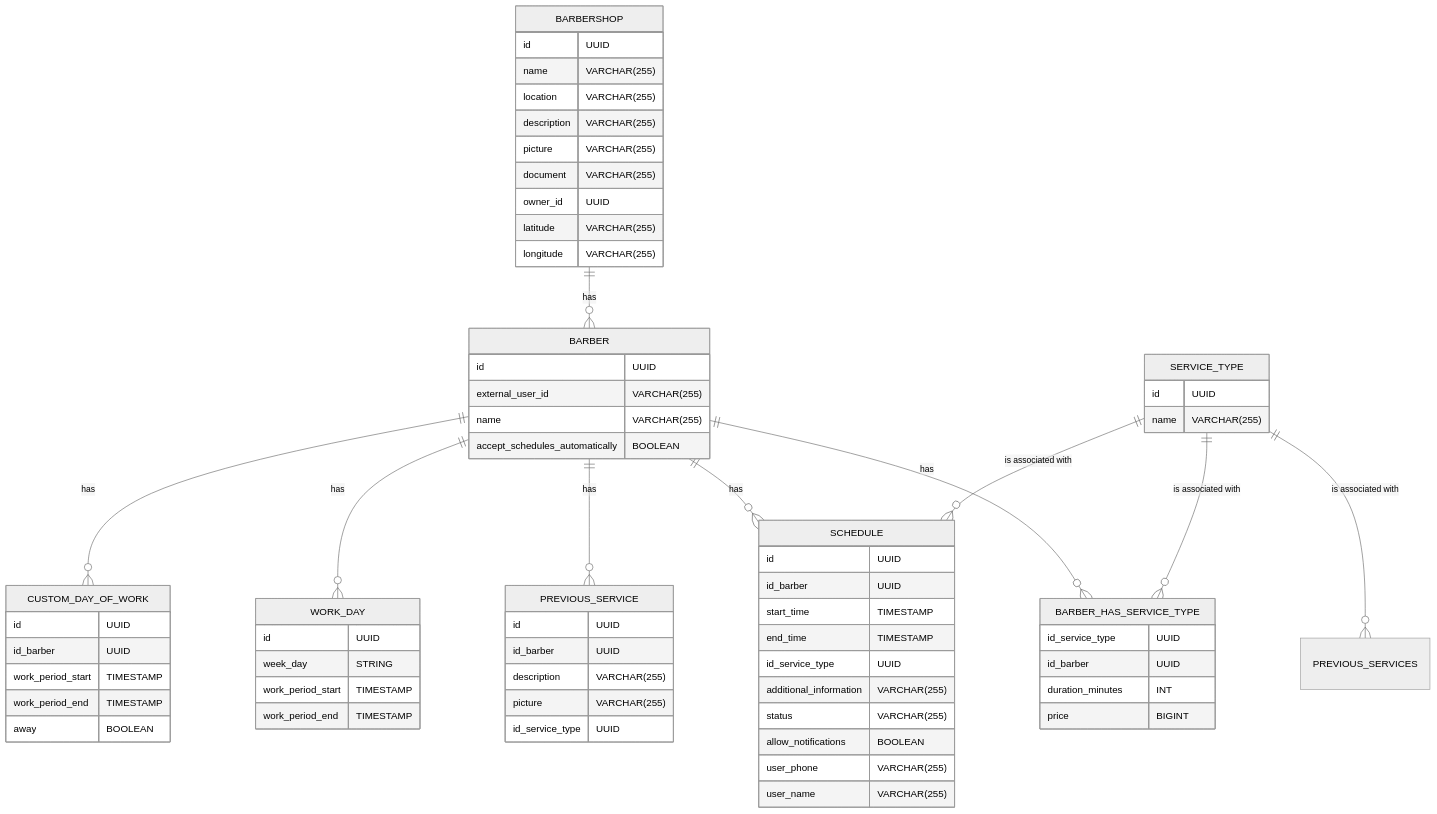
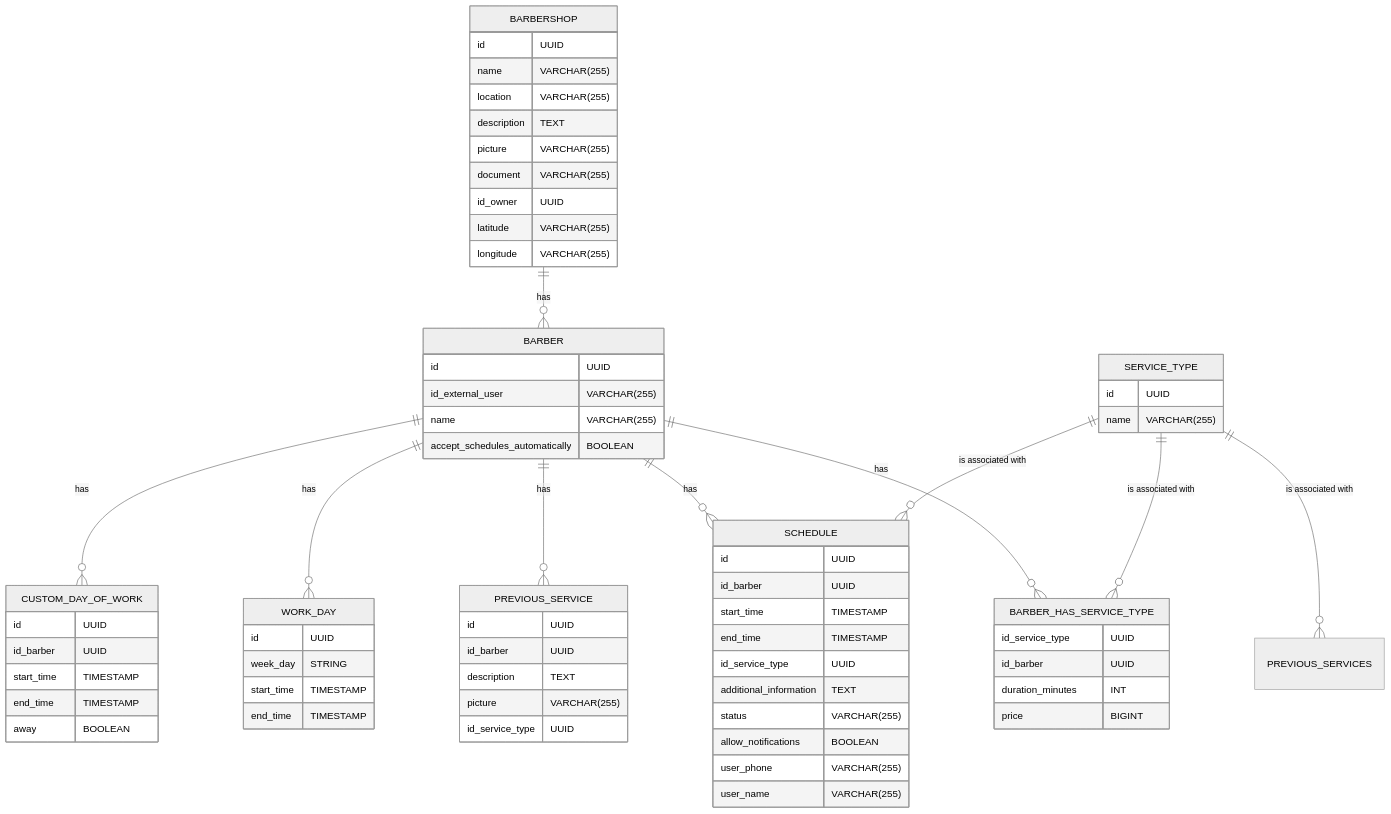
Before and after one commit to joaojhgs/saas-template: the diagram in README.md, drawn with Mermaid (neutral theme).

Commit message:
docs: update description to text

````diff
--- a/README.md
+++ b/README.md
@@ -44,72 +44,72 @@
 ```mermaid
 erDiagram
     BARBER {
         id UUID
-        external_user_id VARCHAR(255)
+        id_external_user VARCHAR(255)
         name VARCHAR(255)
         accept_schedules_automatically BOOLEAN
     }
     BARBERSHOP {
         id UUID
         name VARCHAR(255)
         location VARCHAR(255)
-        description VARCHAR(255)
+        description TEXT
         picture VARCHAR(255)
         document VARCHAR(255)
-        owner_id UUID
+        id_owner UUID
         latitude VARCHAR(255)
         longitude VARCHAR(255)
     }
     PREVIOUS_SERVICE {
         id UUID
         id_barber UUID
-        description VARCHAR(255)
+        description TEXT
         picture VARCHAR(255)
         id_service_type UUID
     }
     SERVICE_TYPE {
         id UUID
         name VARCHAR(255)
     }
     BARBER_HAS_SERVICE_TYPE {
         id_service_type UUID
         id_barber UUID
         duration_minutes INT
         price BIGINT
     }
     SCHEDULE {
         id UUID
         id_barber UUID
         start_time TIMESTAMP
         end_time TIMESTAMP
         id_service_type UUID
-        additional_information VARCHAR(255)
+        additional_information TEXT
         status VARCHAR(255)
         allow_notifications BOOLEAN
         user_phone VARCHAR(255)
         user_name VARCHAR(255)
     }
     WORK_DAY {
         id UUID
         week_day STRING
-        work_period_start TIMESTAMP
-        work_period_end TIMESTAMP
+        start_time TIMESTAMP
+        end_time TIMESTAMP
     }
     CUSTOM_DAY_OF_WORK {
         id UUID
         id_barber UUID
-        work_period_start TIMESTAMP
-        work_period_end TIMESTAMP
+        start_time TIMESTAMP
+        end_time TIMESTAMP
         away BOOLEAN
     }
     
     BARBER ||--o{ BARBER_HAS_SERVICE_TYPE : "has"
     BARBER ||--o{ SCHEDULE : "has"
     BARBER ||--o{ PREVIOUS_SERVICE : "has"
     BARBERSHOP ||--o{ BARBER : "has"
     SERVICE_TYPE ||--o{ BARBER_HAS_SERVICE_TYPE : "is associated with"
     SERVICE_TYPE ||--o{ PREVIOUS_SERVICES : "is associated with"
     SERVICE_TYPE ||--o{ SCHEDULE : "is associated with"
     BARBER ||--o{ WORK_DAY : "has"
     BARBER ||--o{ CUSTOM_DAY_OF_WORK : "has"
 ```
````
